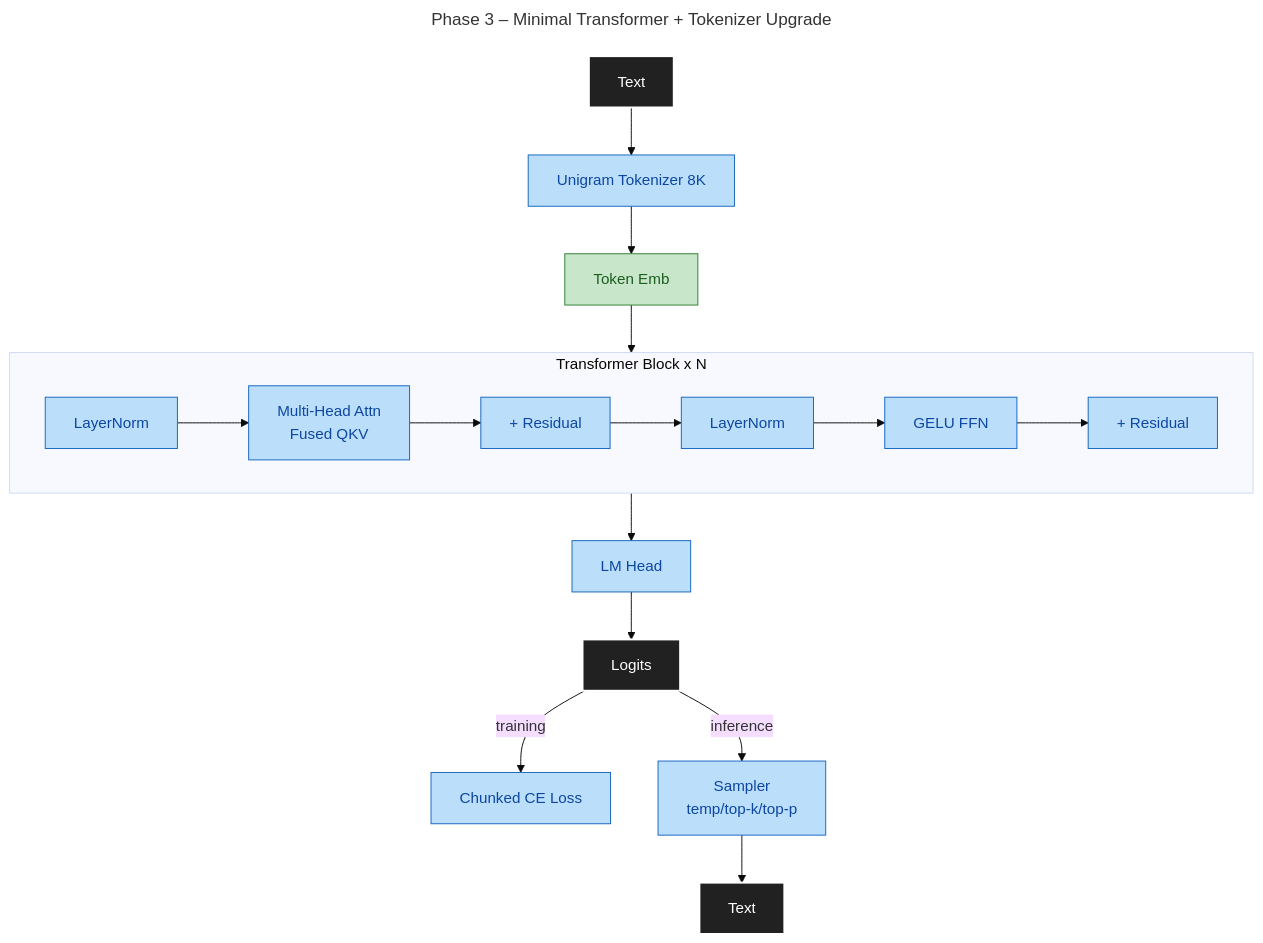
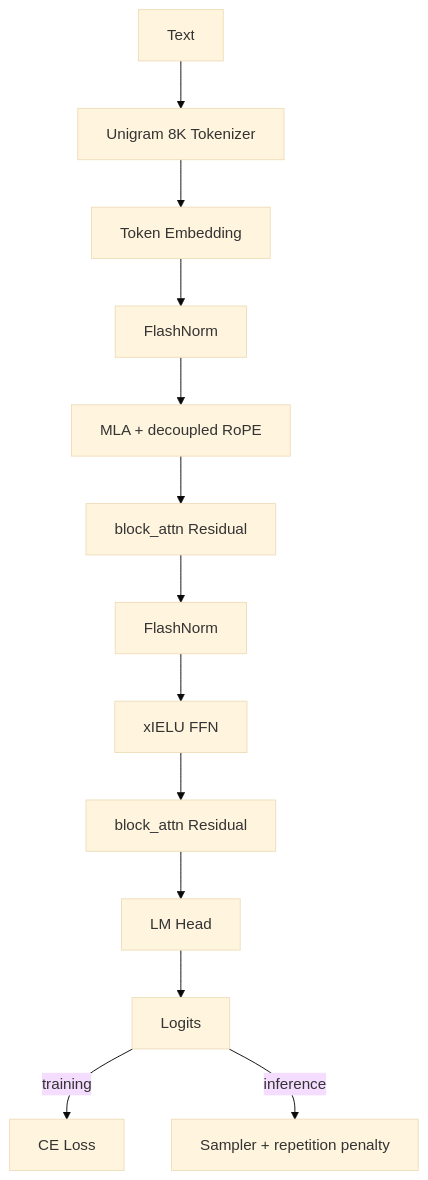
The first of 2 diagrams in docs/DESIGN.md (maxjbarfuss/max_llm), drawn with Mermaid (base theme) before and after one commit. The commit also changed other lines of this file and 25 other files, not shown here.

````diff
--- a/docs/DESIGN.md
+++ b/docs/DESIGN.md
@@ -49,17 +32,13 @@
 ```mermaid
----
-title: Phase 3 – Minimal Transformer + Tokenizer Upgrade
----
 graph TD
-    A[Text]:::io --> B[Unigram Tokenizer 8K]:::p3 --> C[Token Emb]:::p2 --> Block
-    subgraph Block[Transformer Block x N]
-        direction LR
-        D[LayerNorm]:::p3 --> E[Multi-Head Attn<br/>Fused QKV]:::p3 --> F[+ Residual]:::p3 --> G[LayerNorm]:::p3 --> H[GELU FFN]:::p3 --> I[+ Residual]:::p3
-    end
-    Block --> J[LM Head]:::p3 --> K[Logits]:::io
-    K -->|training| L[Chunked CE Loss]:::p3
-    K -->|inference| M[Sampler<br/>temp/top-k/top-p]:::p3 --> N[Text]:::io
-    classDef io fill:#212121,stroke:#FFFFFF,color:#FFFFFF,stroke-width:2px
-    classDef p2 fill:#C8E6C9,stroke:#2E7D32,color:#1B5E20
-    classDef p3 fill:#BBDEFB,stroke:#1565C0,color:#0D47A1
+    A[Text] --> B[Unigram 8K Tokenizer] --> C[Token Embedding] --> D[FlashNorm]
+    D --> E[MLA + decoupled RoPE]
+    E --> F[block_attn Residual]
+    F --> G[FlashNorm]
+    G --> H[xIELU FFN]
+    H --> I[block_attn Residual]
+    I --> J[LM Head]
+    J --> K[Logits]
+    K -->|training| L[CE Loss]
+    K -->|inference| M[Sampler + repetition penalty]
 ```
````
